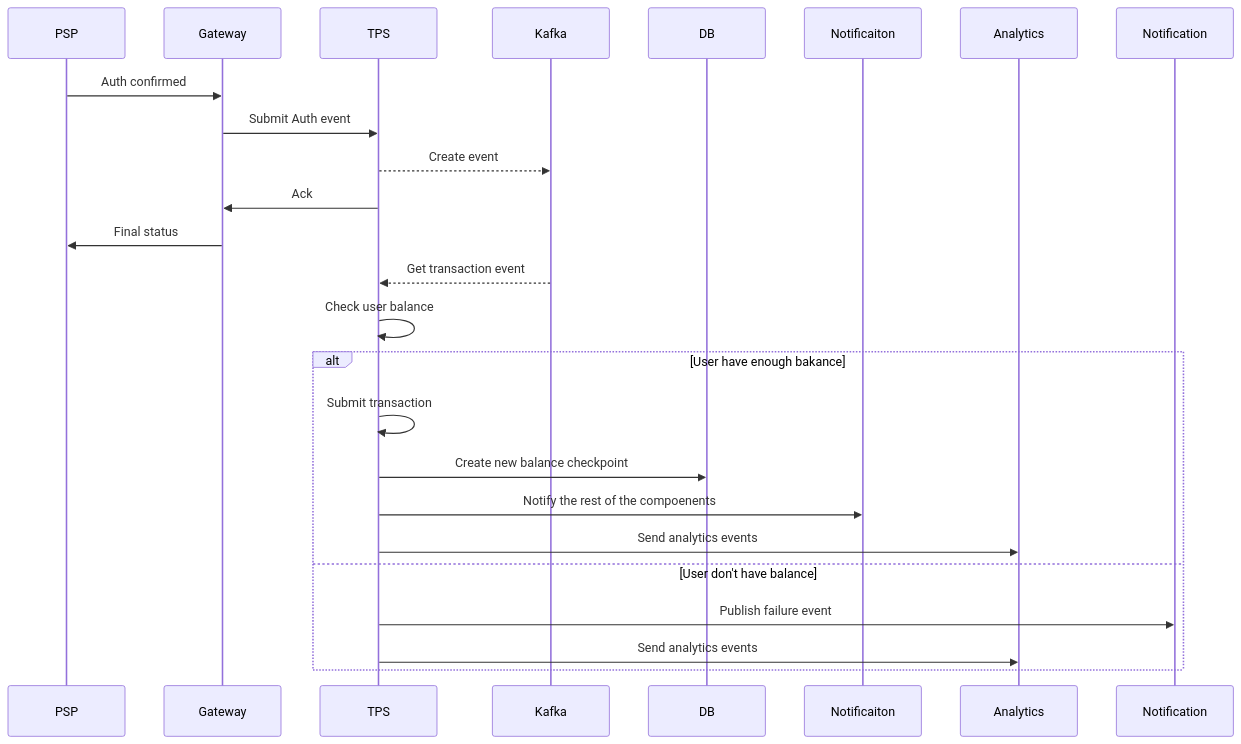
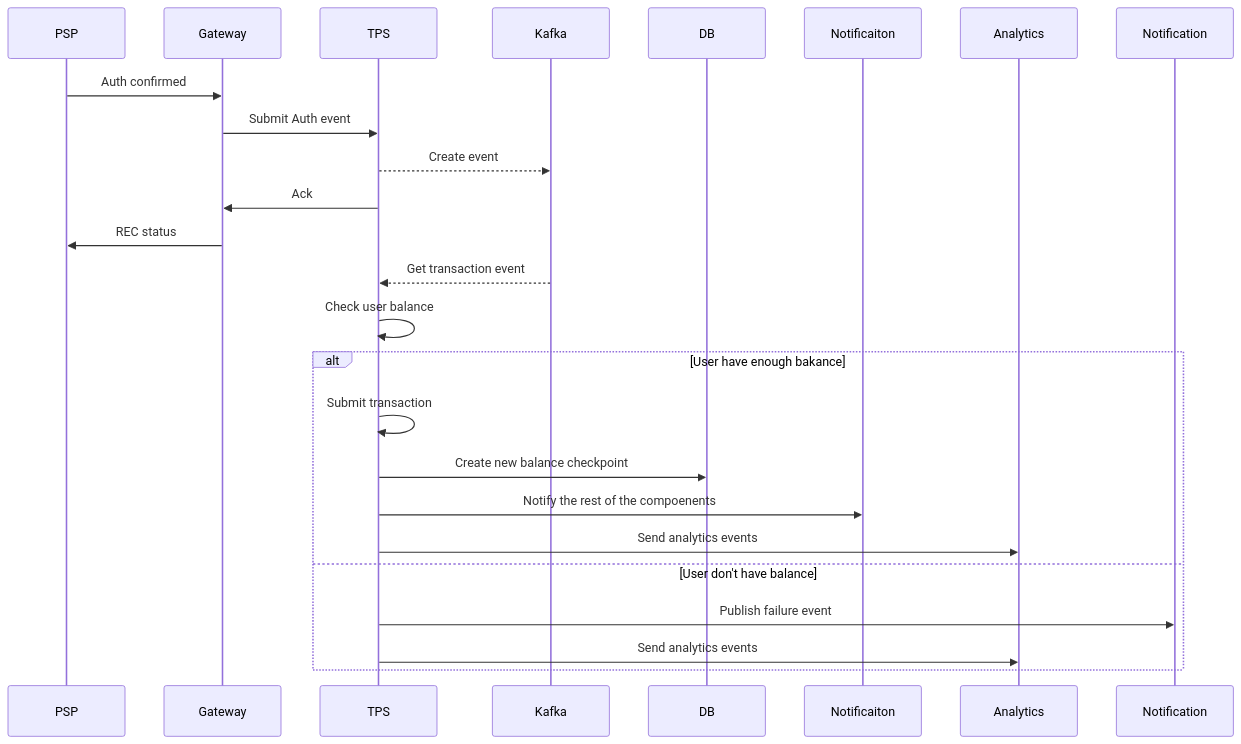
One commit to ak-seyam/transaction-management changed the first of 4 diagrams in README.md. Above: the diagram before and after it, drawn with Mermaid.

````diff
--- a/README.md
+++ b/README.md
@@ -30,19 +30,19 @@
 ```mermaid
 sequenceDiagram
   PSP->>Gateway: Auth confirmed
   Gateway->>TPS: Submit Auth event
   TPS-->>Kafka: Create event
   TPS->>Gateway: Ack
-  Gateway->>PSP: Final status
+  Gateway->>PSP: REC status
   Kafka-->>TPS: Get transaction event
   TPS->>TPS: Check user balance
   alt User have enough bakance
     TPS->>TPS: Submit transaction
     TPS->>DB: Create new balance checkpoint
     TPS->>Notificaiton: Notify the rest of the compoenents
     TPS->>Analytics: Send analytics events
   else User don't have balance
     TPS->>Notification: Publish failure event
     TPS->>Analytics: Send analytics events
   end
 ```
````
